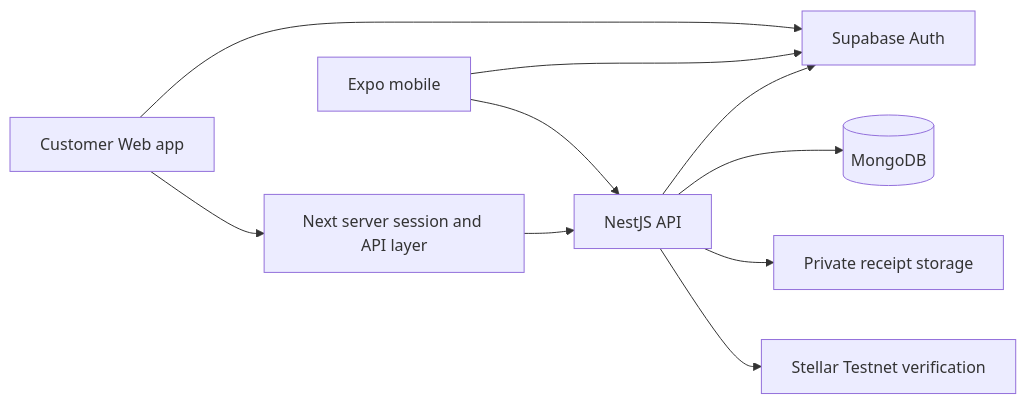
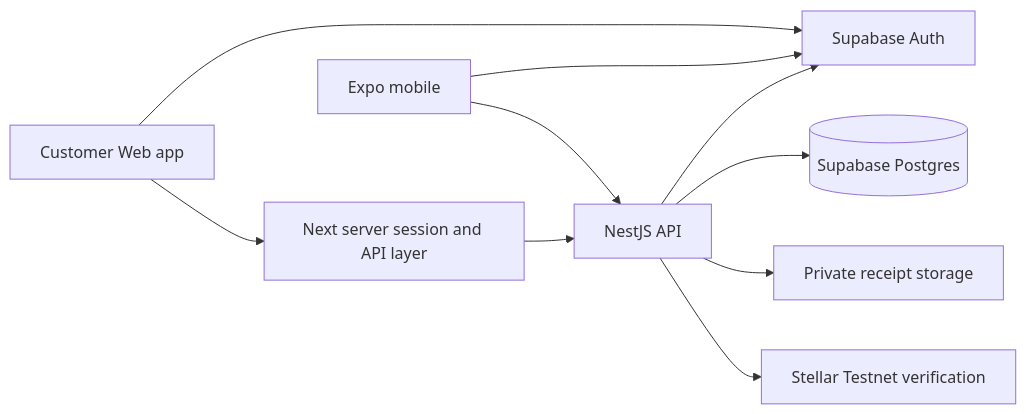
One commit to FWDP/save-project changed the diagram in docs/SAVE_WEB_IMPLEMENTATION_PLAN.md. Above: the diagram before and after it, drawn with Mermaid. The commit also changed 46 other files, not shown here.

Commit message:
Migrate backend persistence to Supabase Postgres

````diff
--- a/docs/SAVE_WEB_IMPLEMENTATION_PLAN.md
+++ b/docs/SAVE_WEB_IMPLEMENTATION_PLAN.md
@@ -32,12 +32,12 @@
 ```mermaid
 flowchart LR
   Web[Customer Web app] --> BFF[Next server session and API layer]
   Mobile[Expo mobile] --> API[NestJS API]
   BFF --> API
   Web --> Auth[Supabase Auth]
   Mobile --> Auth
   API --> Auth
-  API --> DB[(MongoDB)]
+  API --> DB[(Supabase Postgres)]
   API --> Files[Private receipt storage]
   API --> Ledger[Stellar Testnet verification]
 ```
````
